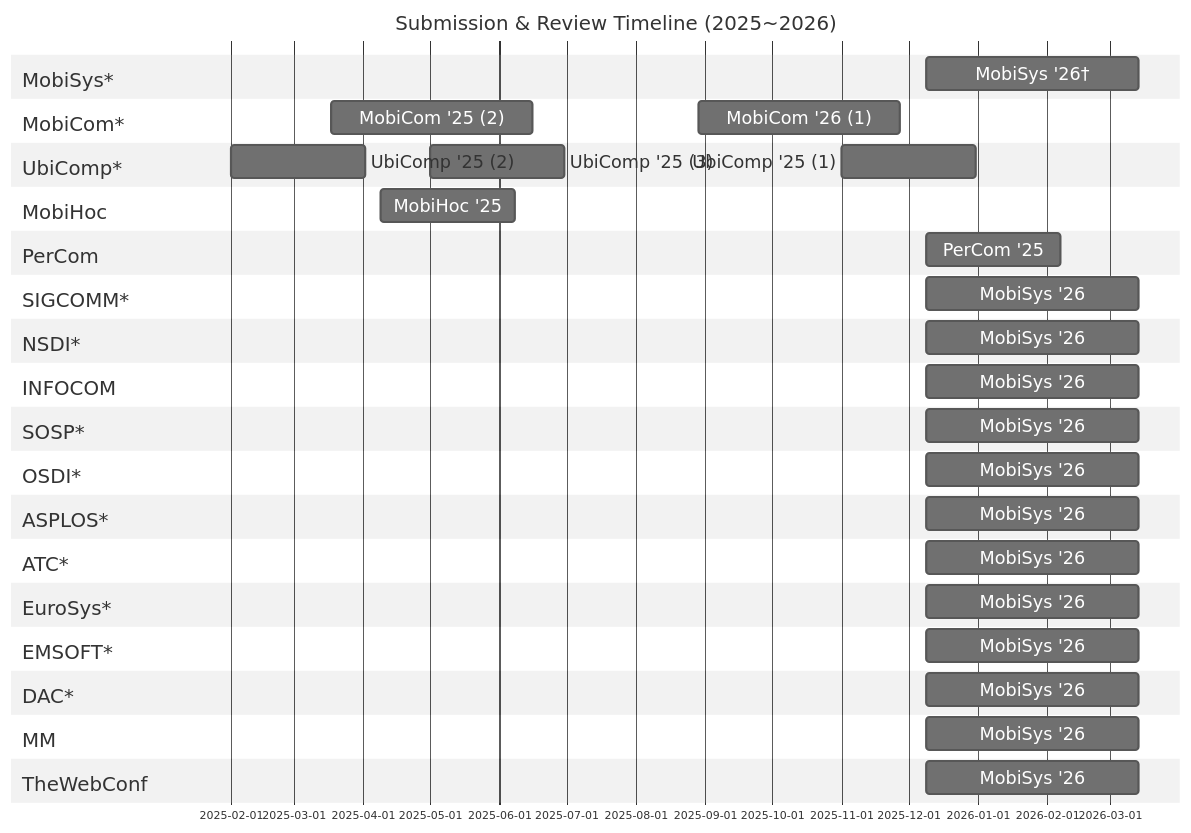
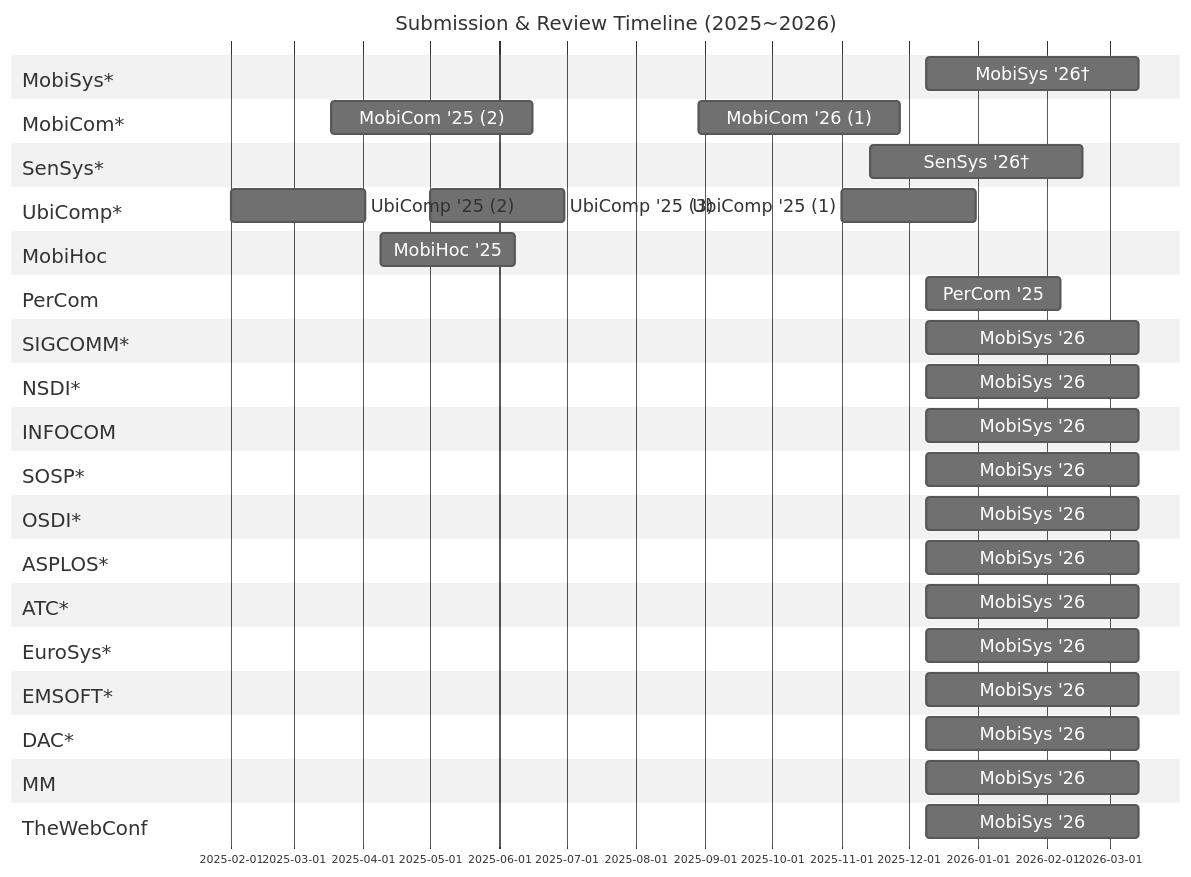
One commit to iamseonghoon/Mobile-Systems-Conference-Timelines changed the diagram in README.md. Above: the diagram before and after it, drawn with Mermaid. The commit also changed other lines of this file, not shown here.

```diff
--- a/README.md
+++ b/README.md
@@ -31,6 +31,9 @@
     section MobiCom*
     MobiCom '25 (2) :mobicom-review2, 2025-03-18, 90d
     MobiCom '26 (1) :mobicom-review1, 2025-08-29, 90d
+
+    section SenSys*
+    SenSys '26† :sensys-review, 2025-11-14, 95d
 
     section UbiComp*
     UbiComp '25 (2) :ubicomp-review3, 2025-02-01, 60d
```
